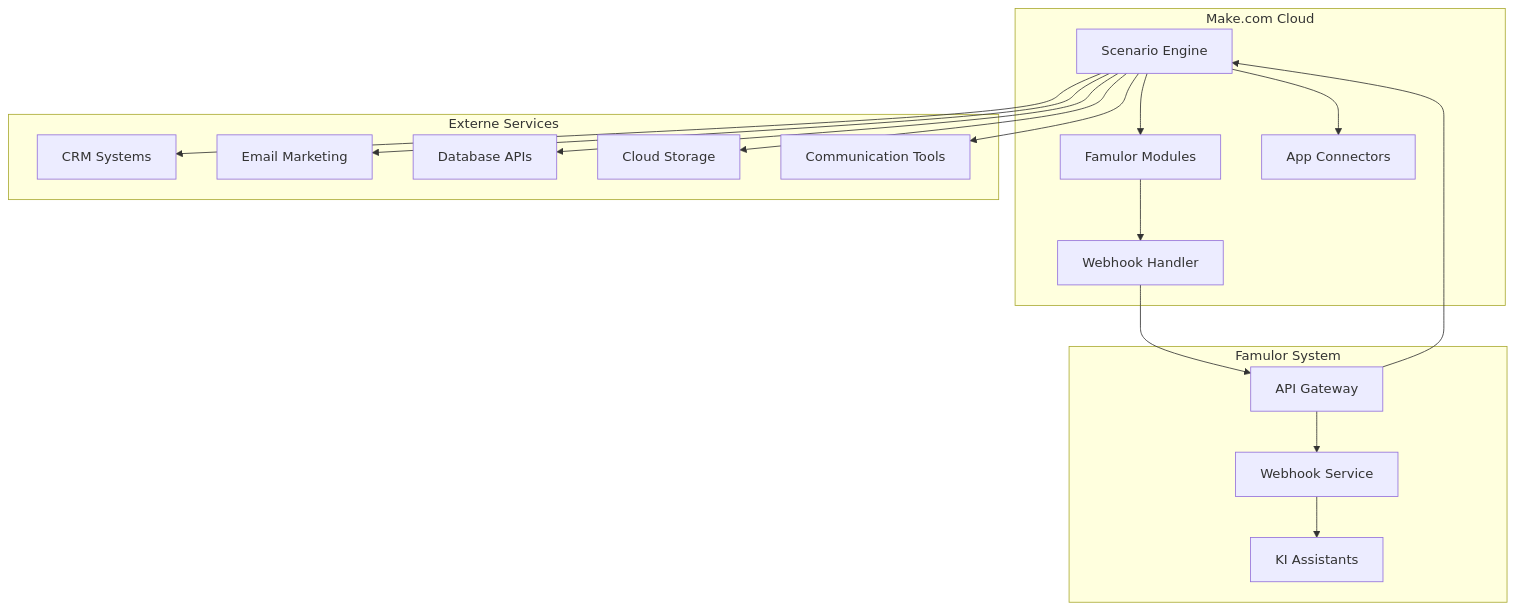
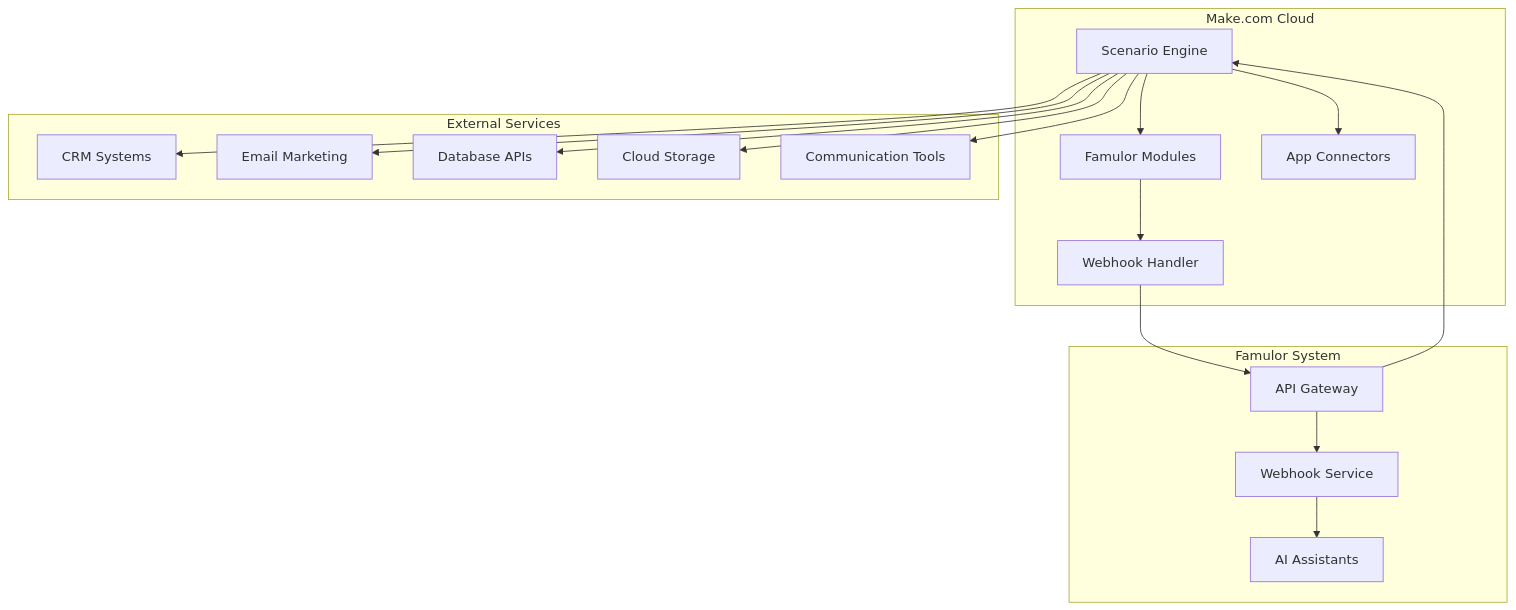
One commit to bekgroup/Famulor-docs-de changed the first of 4 diagrams in en/automation-platform/integrations/make-com.mdx. Above: the diagram before and after it, drawn with Mermaid. The commit also changed other lines of this file and 273 other files, not shown here.

````diff
--- a/en/automation-platform/integrations/make-com.mdx
+++ b/en/automation-platform/integrations/make-com.mdx
@@ -96,38 +96,38 @@
 ```mermaid
 graph TB
     subgraph "Make.com Cloud"
         A[Scenario Engine]
         B[Famulor Modules]
         C[Webhook Handler]
         D[App Connectors]
     end
     
     subgraph "Famulor System"
         E[API Gateway]
         F[Webhook Service]
-        G[KI Assistants]
+        G[AI Assistants]
     end
     
-    subgraph "Externe Services"
+    subgraph "External Services"
         H[CRM Systems]
         I[Email Marketing]
         J[Database APIs]
         K[Cloud Storage]
         L[Communication Tools]
     end
     
     A --> B
     B --> C
     A --> D
     C --> E
     E --> F
     F --> G
     
     A --> H
     A --> I
     A --> J
     A --> K
     A --> L
     
     E --> A
 ```
````
